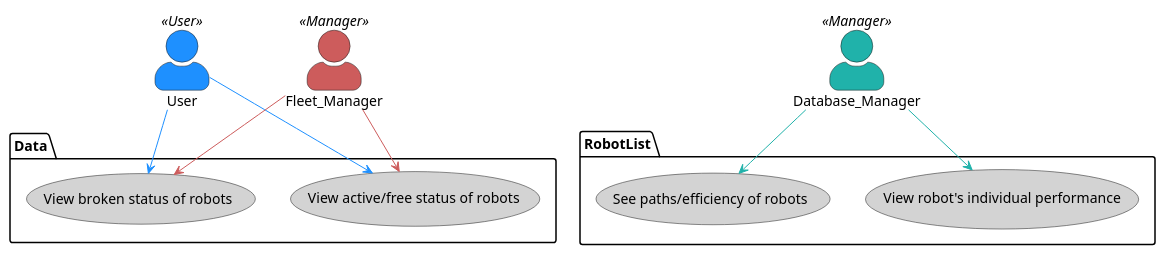
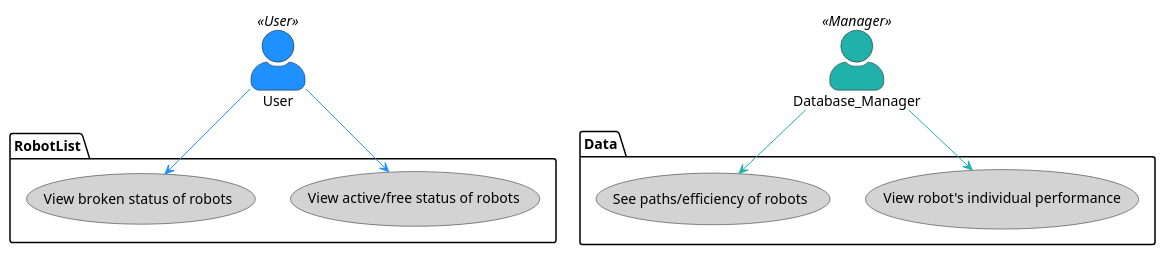
One commit to ur-cs-courses/course-project-clean-squad changed the diagram in docs/design/usecases/uc1.puml. Above: the diagram before and after it, drawn with PlantUML. The commit also changed 4 other files, not shown here.

```diff
--- a/docs/design/usecases/uc1.puml
+++ b/docs/design/usecases/uc1.puml
@@ -1,30 +1,25 @@
 @startuml
 skinparam DefaultFontName Times New Roman
 skinparam actorStyle awesome
 
 Actor User
 User << User >> #DodgerBlue
 
-Actor Fleet_Manager
-Fleet_Manager << Manager >> #IndianRed
-
 Actor Database_Manager
 Database_Manager << Manager >> #LightSeaGreen
 
-package RobotList {
+package Data {
     usecase "View robot's individual performance" as (robot_performance) #LightGrey
     usecase "See paths/efficiency of robots" as (paths_efficiency) #LightGrey
 }
 
-package Data {
+package RobotList {
     usecase "View active/free status of robots" as (active_free_status) #LightGrey
     usecase "View broken status of robots" as (broken_status) #LightGrey
 }
 
 :User: --> (active_free_status) #DodgerBlue
 :User: --> (broken_status) #DodgerBlue
-:Fleet_Manager: --> (active_free_status) #IndianRed
-:Fleet_Manager: --> (broken_status) #IndianRed
 :Database_Manager: --> (robot_performance) #LightSeaGreen
 :Database_Manager: --> (paths_efficiency) #LightSeaGreen
 @enduml
```
